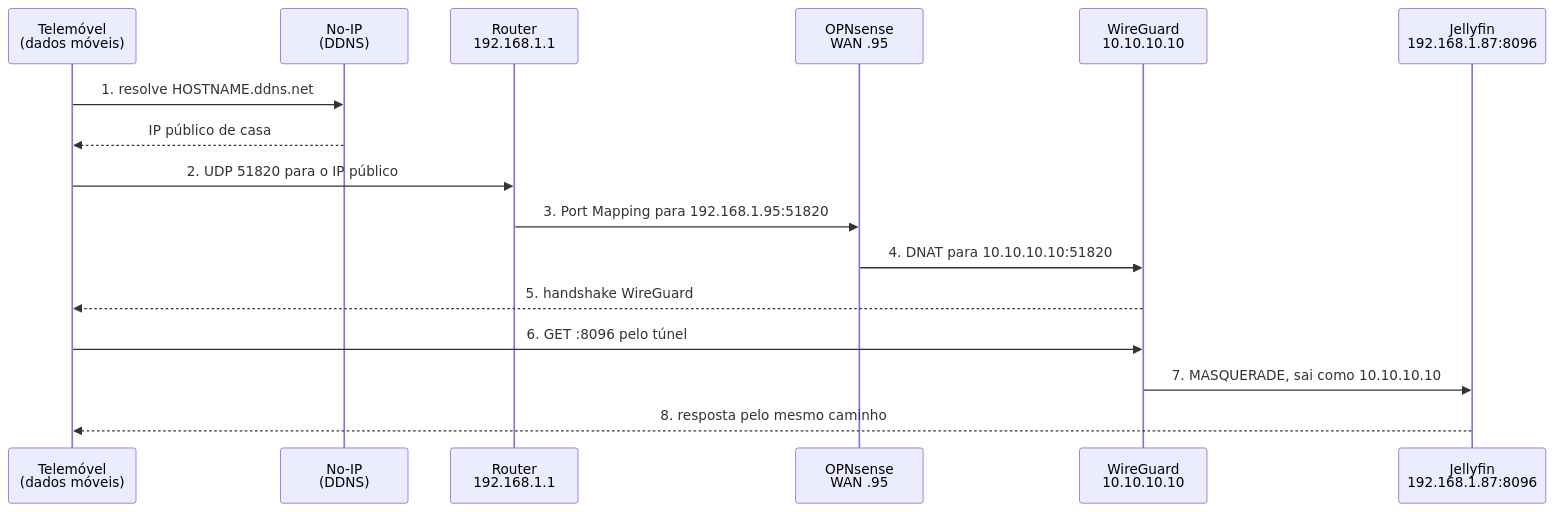
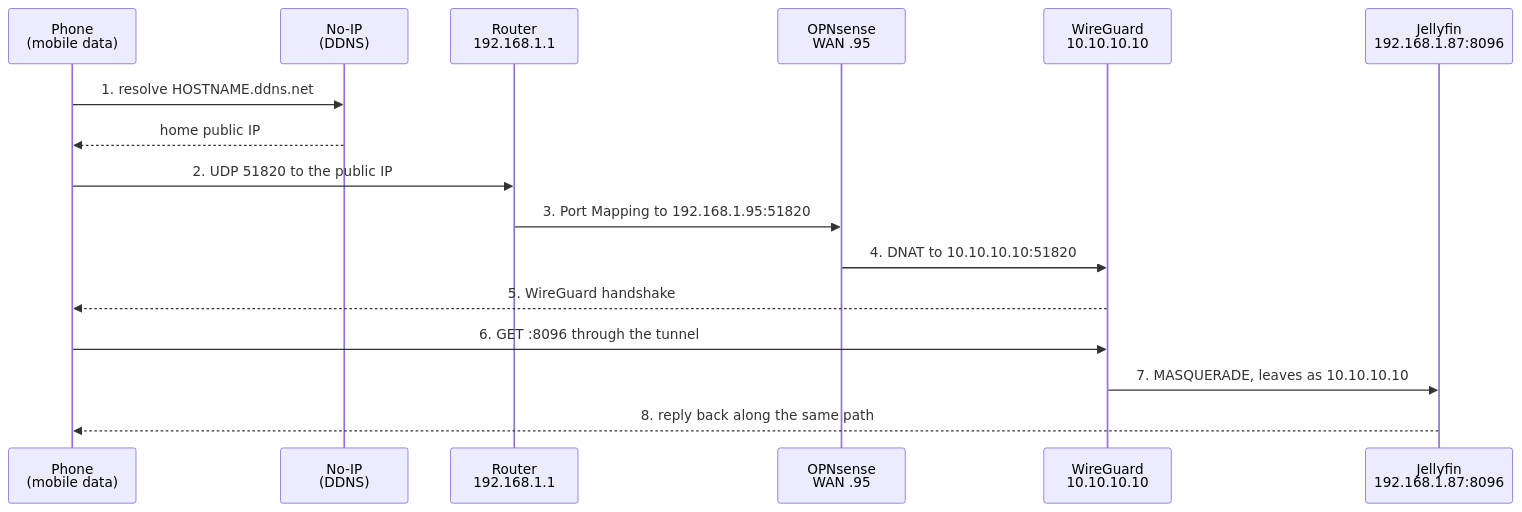
One commit to RuiGRMargarido/homelab changed the third of 5 diagrams in docs/NETWORK.md. Above: the diagram before and after it, drawn with Mermaid. The commit also changed other lines of this file and 1 other file, not shown here.

First line of the commit message:
Traduz NETWORK.md e o diagrama de topologia fisica

````diff
--- a/docs/NETWORK.md
+++ b/docs/NETWORK.md
@@ -274,19 +275,19 @@
 ```mermaid
 sequenceDiagram
-    participant C as Telemóvel<br/>(dados móveis)
+    participant C as Phone<br/>(mobile data)
     participant D as No-IP<br/>(DDNS)
     participant R as Router<br/>192.168.1.1
     participant F as OPNsense<br/>WAN .95
     participant W as WireGuard<br/>10.10.10.10
     participant J as Jellyfin<br/>192.168.1.87:8096
 
     C->>D: 1. resolve HOSTNAME.ddns.net
-    D-->>C: IP público de casa
-    C->>R: 2. UDP 51820 para o IP público
-    R->>F: 3. Port Mapping para 192.168.1.95:51820
-    F->>W: 4. DNAT para 10.10.10.10:51820
-    W-->>C: 5. handshake WireGuard
-    C->>W: 6. GET :8096 pelo túnel
-    W->>J: 7. MASQUERADE, sai como 10.10.10.10
-    J-->>C: 8. resposta pelo mesmo caminho
+    D-->>C: home public IP
+    C->>R: 2. UDP 51820 to the public IP
+    R->>F: 3. Port Mapping to 192.168.1.95:51820
+    F->>W: 4. DNAT to 10.10.10.10:51820
+    W-->>C: 5. WireGuard handshake
+    C->>W: 6. GET :8096 through the tunnel
+    W->>J: 7. MASQUERADE, leaves as 10.10.10.10
+    J-->>C: 8. reply back along the same path
 ```
````
